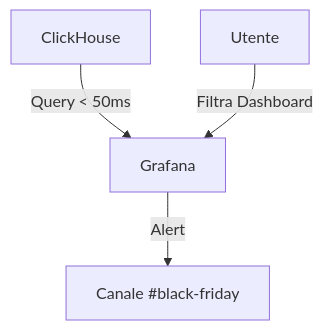
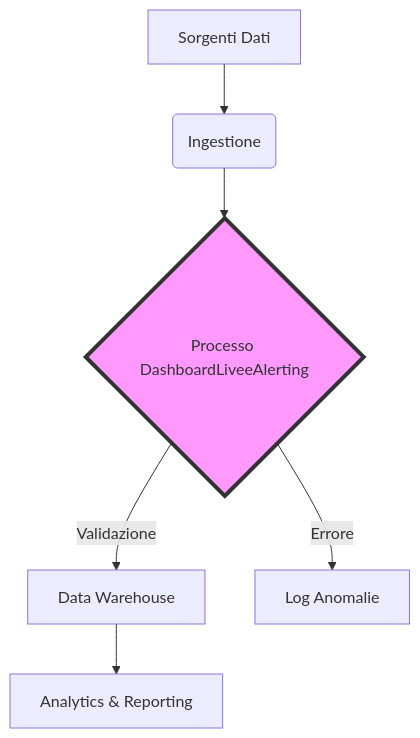
Before and after one commit to AndreyBertasini/gynnitech: the first of 2 diagrams in src/content/corso/real-time-analytics/dashboards.mdx, drawn with Mermaid. The commit also changed other lines of this file and 169 other files, not shown here.

````diff
--- a/src/content/corso/real-time-analytics/dashboards.mdx
+++ b/src/content/corso/real-time-analytics/dashboards.mdx
@@ -96,6 +55,9 @@
 ```mermaid
 graph TD
-    CH[ClickHouse] -->|Query < 50ms| G[Grafana]
-    User[Utente] -->|Filtra Dashboard| G
-    G -->|Alert| Slack[Canale #black-friday]
+    A[Sorgenti Dati] --> B(Ingestione)
+    B --> C{Processo DashboardLiveeAlerting}
+    C -->|Validazione| D[Data Warehouse]
+    C -->|Errore| E[Log Anomalie]
+    D --> F[Analytics & Reporting]
+    style C fill:#f9f,stroke:#333,stroke-width:4px
 ```
````
